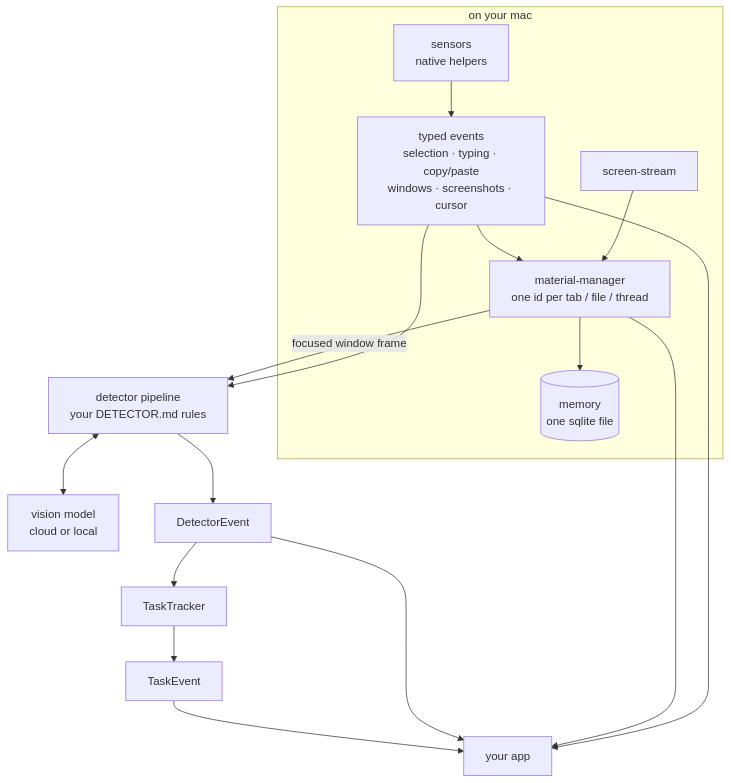
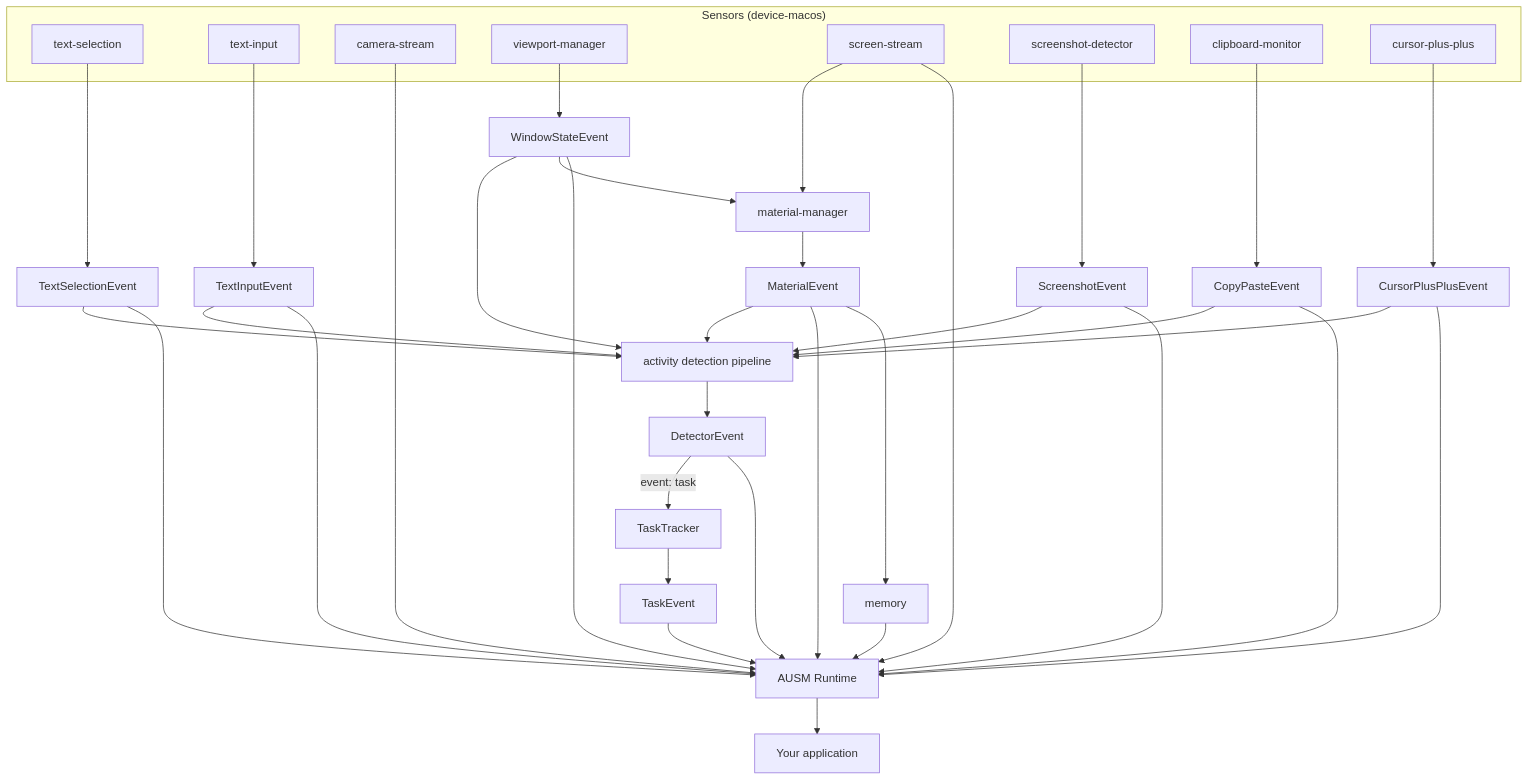
The first of 2 diagrams in README.md (foundation-interface/ausm), drawn with Mermaid before and after one commit. The commit also changed other lines of this file, not shown here.

Commit message:
readme: restore the original flowchart; credits with avatars

````diff
--- a/README.md
+++ b/README.md
@@ -9,14 +9,49 @@
 ```mermaid
 flowchart TD
-    subgraph mac["on your mac"]
-        sensors["sensors<br/>native helpers"] --> events["typed events<br/>selection · typing · copy/paste<br/>windows · screenshots · cursor"]
-        stream["screen-stream"] --> mm["material-manager<br/>one id per tab / file / thread"]
-        events --> mm
-        mm --> memory[("memory<br/>one sqlite file")]
+    subgraph sensors["Sensors (device-macos)"]
+        
+        sel["text-selection"]
+        inp["text-input"]
+        car["camera-stream"]
+        vp["viewport-manager"]
+        scr["screen-stream"]
+        shot["screenshot-detector"]
+        clip["clipboard-monitor"]
+        cur["cursor-plus-plus"]
     end
-    events --> pipeline["detector pipeline<br/>your DETECTOR.md rules"]
-    mm -- "focused window frame" --> pipeline
-    pipeline <--> model["vision model<br/>cloud or local"]
-    pipeline --> det["DetectorEvent"] --> tracker["TaskTracker"] --> task["TaskEvent"]
-    events & mm & det & task --> app["your app"]
+
+    vp --> wse["WindowStateEvent"]
+    sel --> tse["TextSelectionEvent"]
+    inp --> tie["TextInputEvent"]
+    shot --> sce["ScreenshotEvent"]
+    clip --> cpe["CopyPasteEvent"]
+    cur --> cue["CursorPlusPlusEvent"]
+
+    wse --> rt["AUSM Runtime"]
+    tse --> rt
+    tie --> rt
+    car --> rt
+    scr --> rt
+    sce --> rt
+    cpe --> rt
+    cue --> rt
+
+
+
+    wse --> mm["material-manager"]
+    scr --> mm
+    mm --> me["MaterialEvent"]
+    me --> memory
+    me --> rt
+    memory --> rt
+
+    wse & tse & tie & sce & cpe & cue & me --> pipeline["activity detection pipeline"]
+    pipeline --> de["DetectorEvent"]
+    de --> rt
+    de -- "event: task" --> tt["TaskTracker"] --> te["TaskEvent"]
+    te --> rt
+
+
+
+    rt --> host["Your application"]
 ```
````
